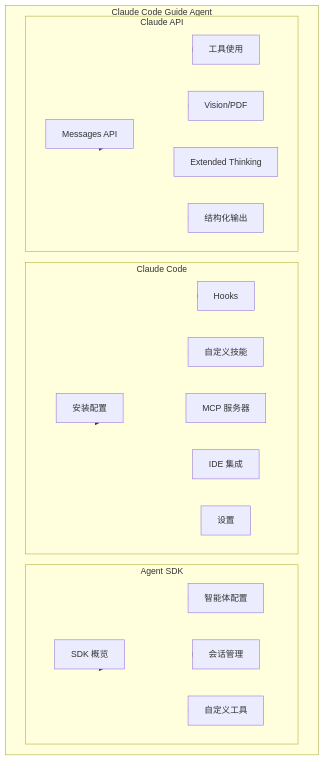
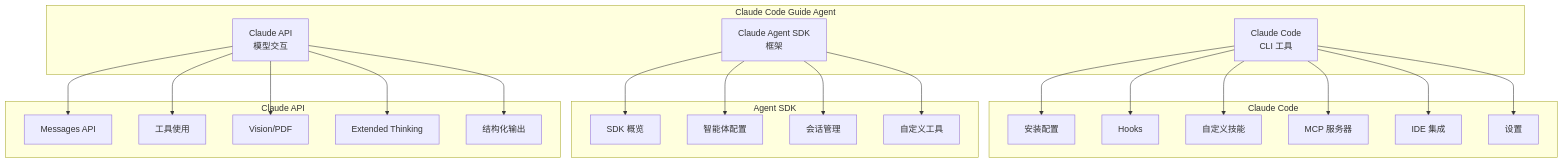
One commit to niuma996/claude-code-sourcemap-wiki changed the first of 2 diagrams in .nium-wiki/wiki/agent/built-in/claude-code-guide-agent.md. Above: the diagram before and after it, drawn with Mermaid. The commit also changed 1976 other files, not shown here.

````diff
--- a/.nium-wiki/wiki/agent/built-in/claude-code-guide-agent.md
+++ b/.nium-wiki/wiki/agent/built-in/claude-code-guide-agent.md
@@ -18,32 +18,32 @@
 ```mermaid
 flowchart TB
     subgraph ClaudeCodeGuide["Claude Code Guide Agent"]
         CC["Claude Code<br/>CLI 工具"]
         SDK["Claude Agent SDK<br/>框架"]
         API["Claude API<br/>模型交互"]
     end
-    subgraph CC["Claude Code"]
+    subgraph CC_sub["Claude Code"]
         Install["安装配置"]
         Hooks["Hooks"]
         Skills["自定义技能"]
         MCP["MCP 服务器"]
         IDE["IDE 集成"]
         Settings["设置"]
     end
-    subgraph SDK["Agent SDK"]
+    subgraph SDK_sub["Agent SDK"]
         Overview["SDK 概览"]
         AgentConfig["智能体配置"]
         Session["会话管理"]
         Tools["自定义工具"]
     end
-    subgraph API["Claude API"]
+    subgraph API_sub["Claude API"]
         Messages["Messages API"]
         ToolUse["工具使用"]
         Vision["Vision/PDF"]
         Thinking["Extended Thinking"]
         Structured["结构化输出"]
     end
     CC --> Install & Hooks & Skills & MCP & IDE & Settings
     SDK --> Overview & AgentConfig & Session & Tools
     API --> Messages & ToolUse & Vision & Thinking & Structured
 ```
````
